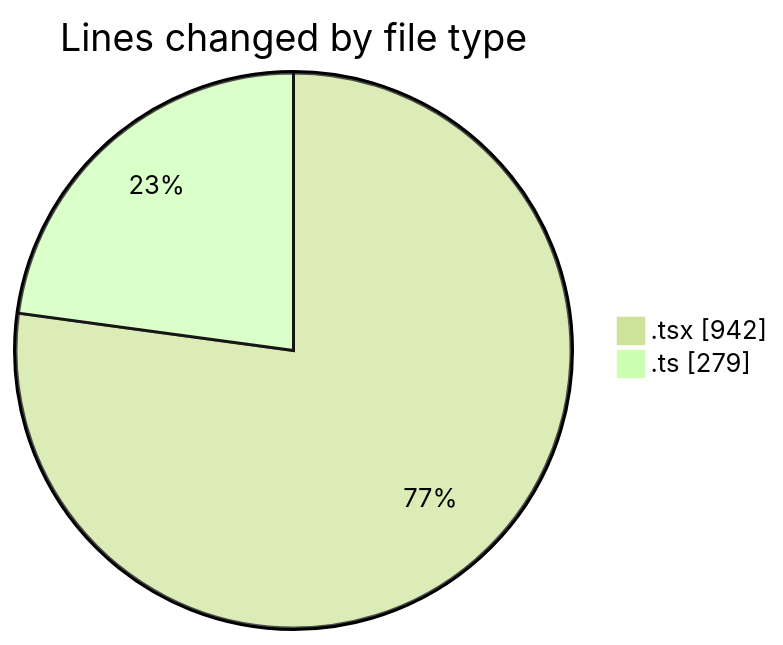
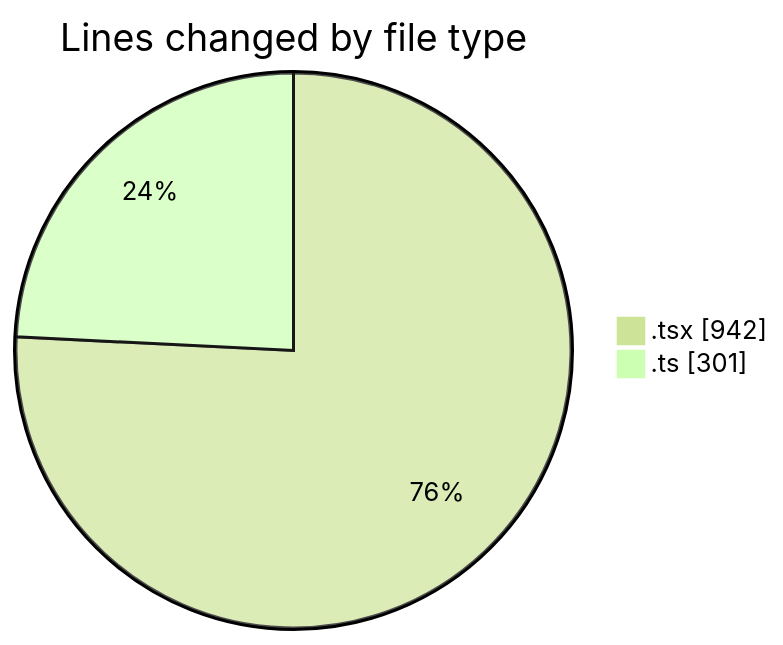
The first of 2 diagrams in 2026-04-19/airfeed-analytics-dashboard/README.md (nxtqubesakshisongat/code-tracking), drawn with Mermaid (forest theme) before and after one commit. The commit also changed other lines of this file and 1 other file, not shown here.

````diff
--- a/2026-04-19/airfeed-analytics-dashboard/README.md
+++ b/2026-04-19/airfeed-analytics-dashboard/README.md
@@ -26,6 +27,6 @@
 ```mermaid
 pie showData
 title Lines changed by file type
 ".tsx" : 942
-".ts" : 279
+".ts" : 301
 ```
````
